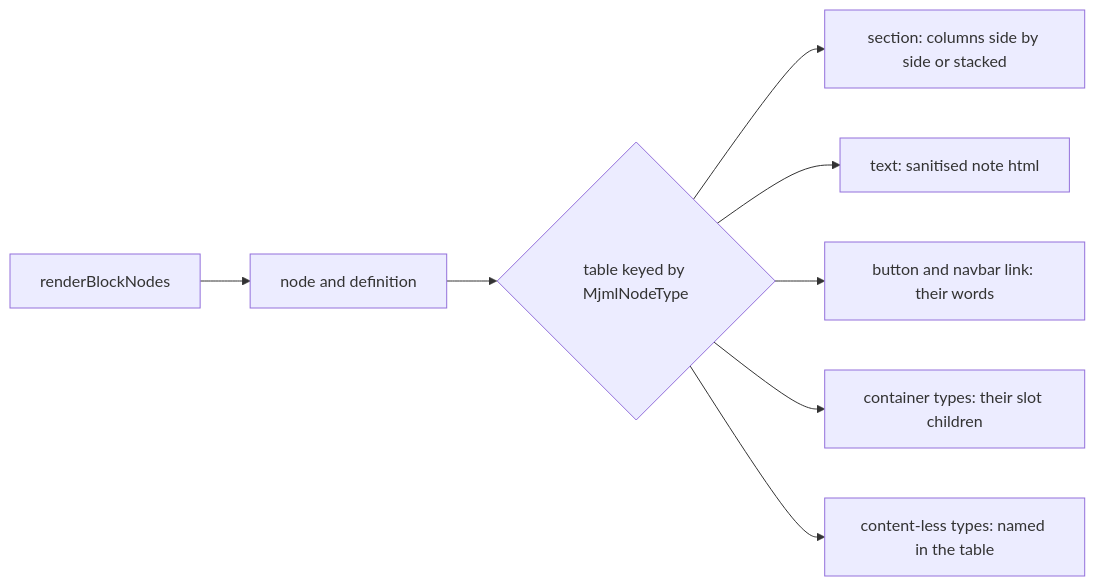
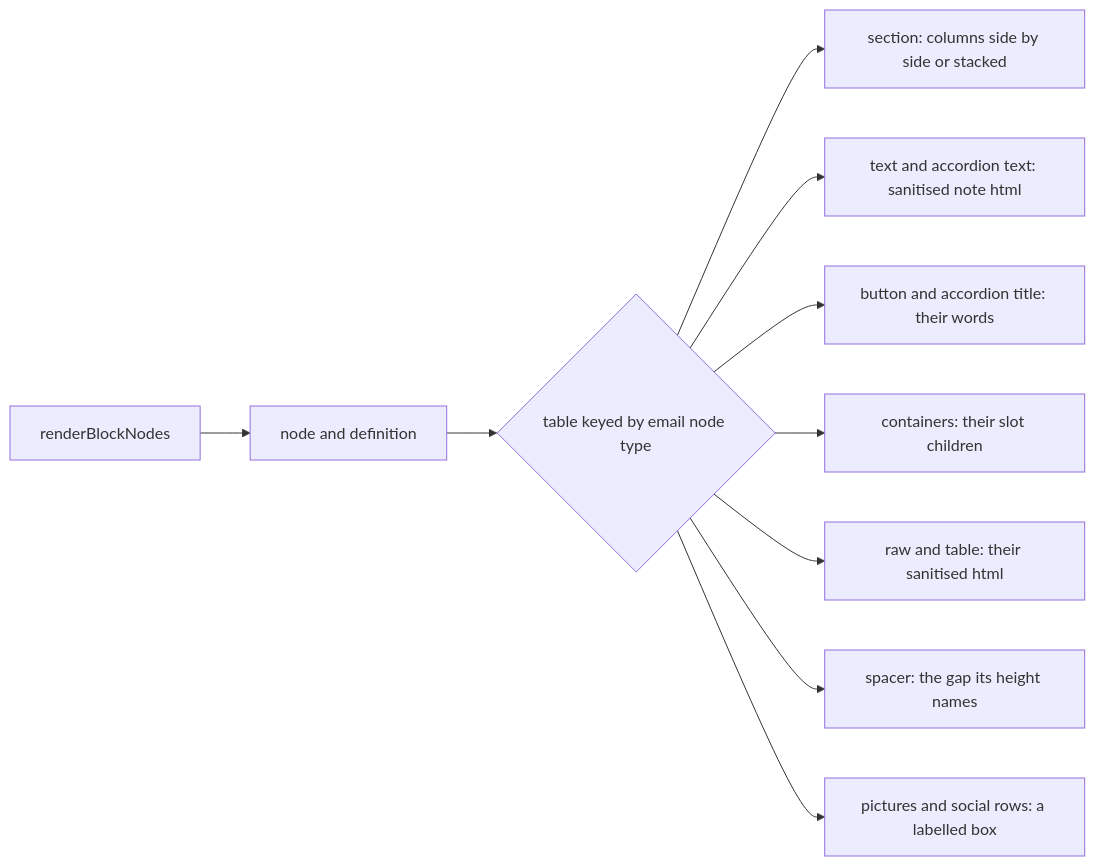
The diagram in openspec/changes/resource-email-canvas-drawing/design.md (Esposter/Esposter), drawn with Mermaid before and after one commit. The commit also changed other lines of this file and 11 other files, not shown here.

Commit message:
feat(email): the design canvas draws the starter email's table, raw block, accordion and spacer with their own content

````diff
--- a/openspec/changes/resource-email-canvas-drawing/design.md
+++ b/openspec/changes/resource-email-canvas-drawing/design.md
@@ -9,10 +9,12 @@
 ```mermaid
 flowchart LR
   A[renderBlockNodes] --> B[node and definition]
-  B --> C{table keyed by MjmlNodeType}
+  B --> C{table keyed by email node type}
   C --> D[section: columns side by side or stacked]
-  C --> E[text: sanitised note html]
-  C --> F[button and navbar link: their words]
-  C --> G[container types: their slot children]
-  C --> H[content-less types: named in the table]
+  C --> E[text and accordion text: sanitised note html]
+  C --> F[button and accordion title: their words]
+  C --> G[containers: their slot children]
+  C --> H[raw and table: their sanitised html]
+  C --> I[spacer: the gap its height names]
+  C --> J[pictures and social rows: a labelled box]
 ```
````
